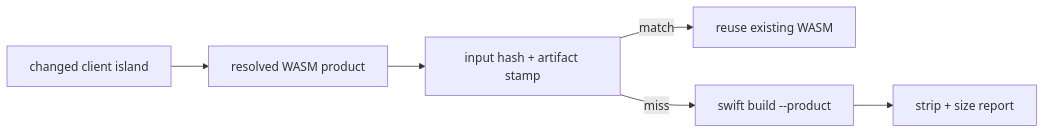
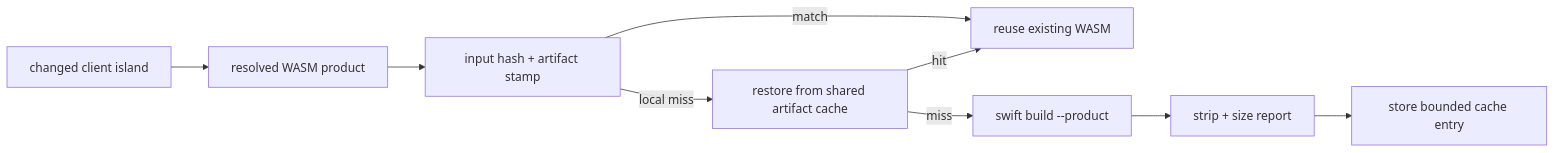
Before and after one commit to 1amageek/swift-web: the second of 5 diagrams in Sources/SwiftWebDevelopment/README.md, drawn with Mermaid. The commit also changed other lines of this file and 98 other files, not shown here.

````diff
--- a/Sources/SwiftWebDevelopment/README.md
+++ b/Sources/SwiftWebDevelopment/README.md
@@ -23,8 +56,11 @@
 ```mermaid
 flowchart LR
   A["changed client island"] --> B["resolved WASM product"]
   B --> C["input hash + artifact stamp"]
   C -->|match| D["reuse existing WASM"]
-  C -->|miss| E["swift build --product"]
+  C -->|local miss| D2["restore from shared artifact cache"]
+  D2 -->|hit| D
+  D2 -->|miss| E["swift build --product"]
   E --> F["strip + size report"]
+  F --> G["store bounded cache entry"]
 ```
````
